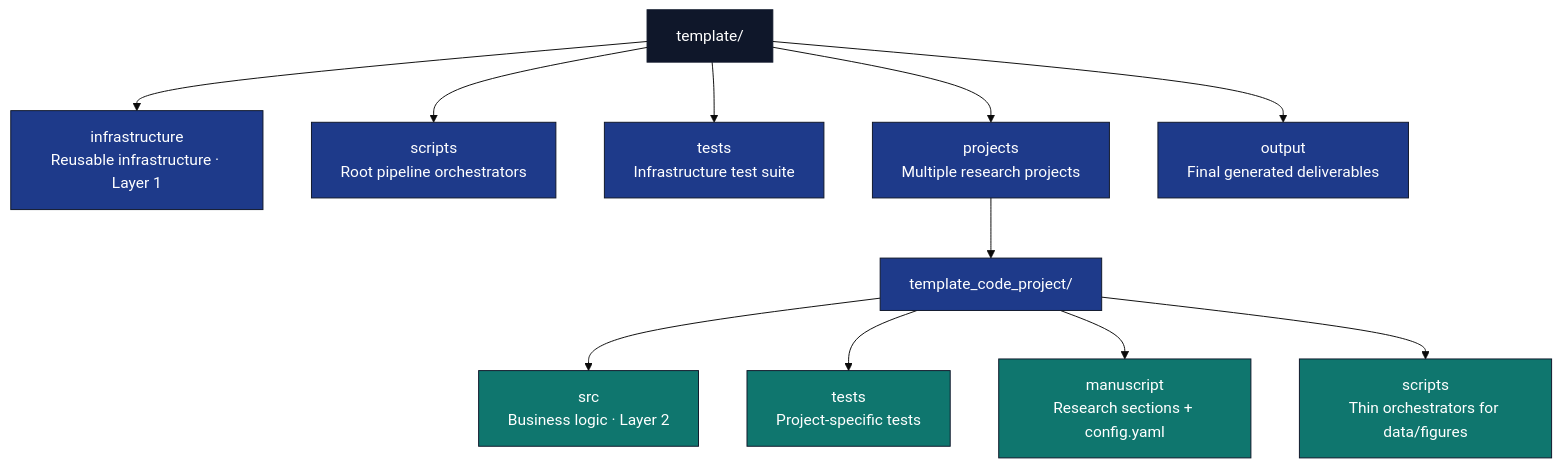
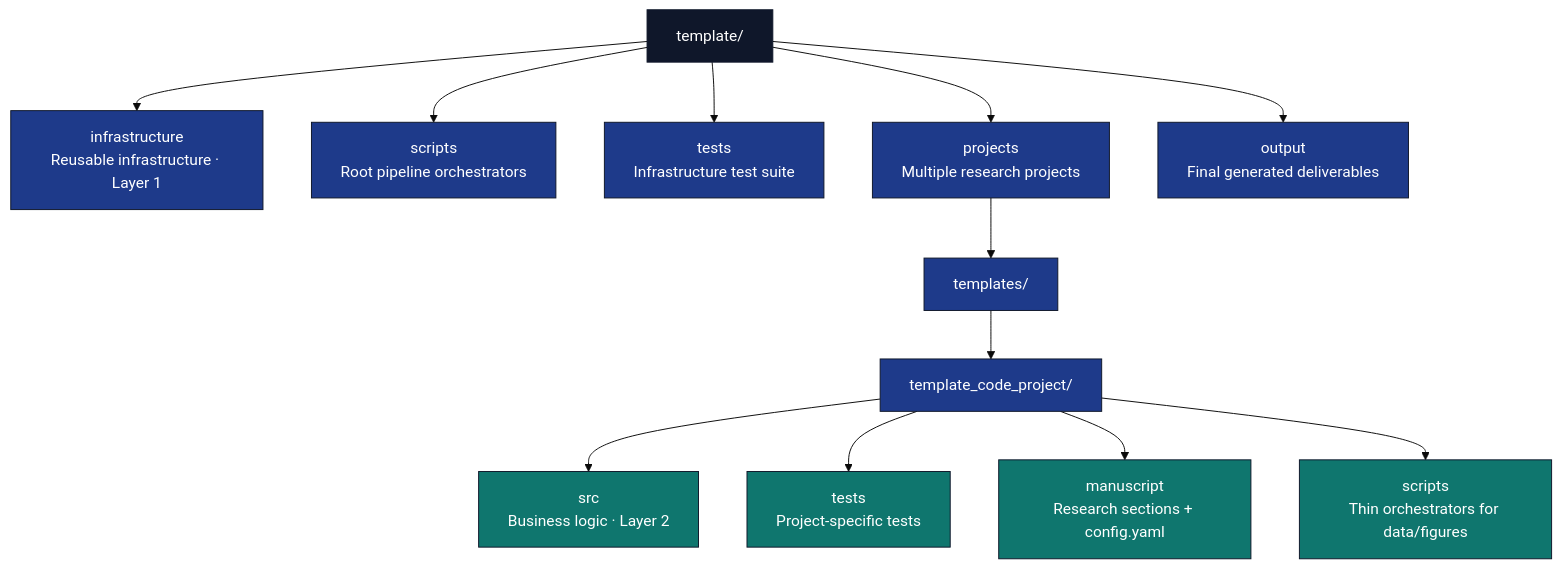
The diagram in docs/reference/quick-start-cheatsheet.md (docxology/template), drawn with Mermaid (base theme) before and after one commit. The commit also changed other lines of this file and 82 other files, not shown here.

````diff
--- a/docs/reference/quick-start-cheatsheet.md
+++ b/docs/reference/quick-start-cheatsheet.md
@@ -54,22 +55,23 @@
 ```mermaid
 flowchart TB
     R[template/]
     R --> INF[infrastructure<br/>Reusable infrastructure · Layer 1]
     R --> SC[scripts<br/>Root pipeline orchestrators]
     R --> T[tests<br/>Infrastructure test suite]
     R --> PR[projects<br/>Multiple research projects]
     R --> OUT[output<br/>Final generated deliverables]
 
-    PR --> CP[template_code_project/]
+    PR --> TEMPLATES[templates/]
+    TEMPLATES --> CP[template_code_project/]
     CP --> CP_SRC[src<br/>Business logic · Layer 2]
     CP --> CP_T[tests<br/>Project-specific tests]
     CP --> CP_M[manuscript<br/>Research sections + config.yaml]
     CP --> CP_SC[scripts<br/>Thin orchestrators for data/figures]
 
     classDef root fill:#0f172a,stroke:#0f172a,color:#fff
     classDef pkg fill:#1e3a8a,stroke:#0f172a,color:#fff
     classDef sub fill:#0f766e,stroke:#0f172a,color:#fff
     class R root
-    class INF,SC,T,PR,OUT,CP pkg
+    class INF,SC,T,PR,OUT,TEMPLATES,CP pkg
     class CP_SRC,CP_T,CP_M,CP_SC sub
 ```
````
